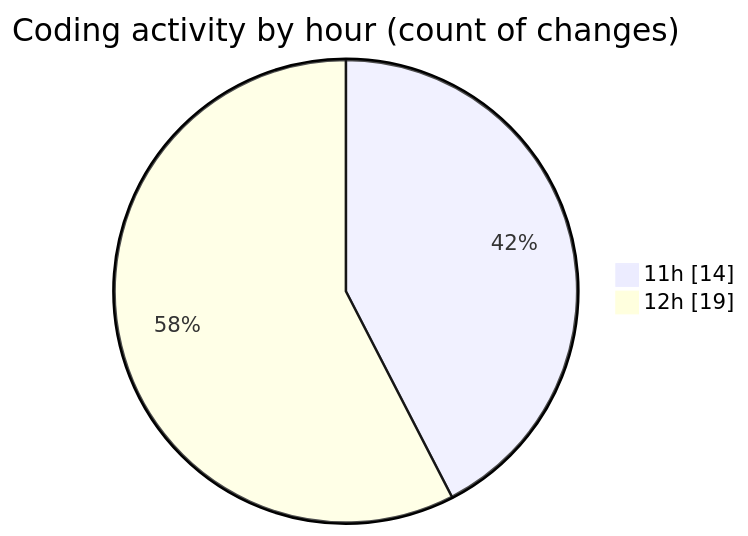
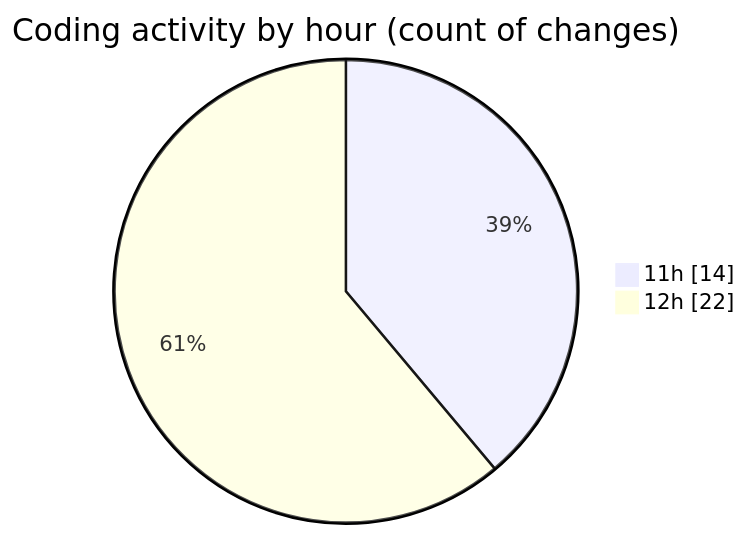
The second of 2 diagrams in 2025-08-28/nxtqube_webapp/README.md (nxtqubesakshisongat/code-tracking), drawn with Mermaid before and after one commit. The commit also changed other lines of this file and 1 other file, not shown here.

````diff
--- a/2025-08-28/nxtqube_webapp/README.md
+++ b/2025-08-28/nxtqube_webapp/README.md
@@ -33,6 +33,6 @@
 ```mermaid
 pie showData
 title Coding activity by hour (count of changes)
 "11h" : 14
-"12h" : 19
+"12h" : 22
 ```
````
